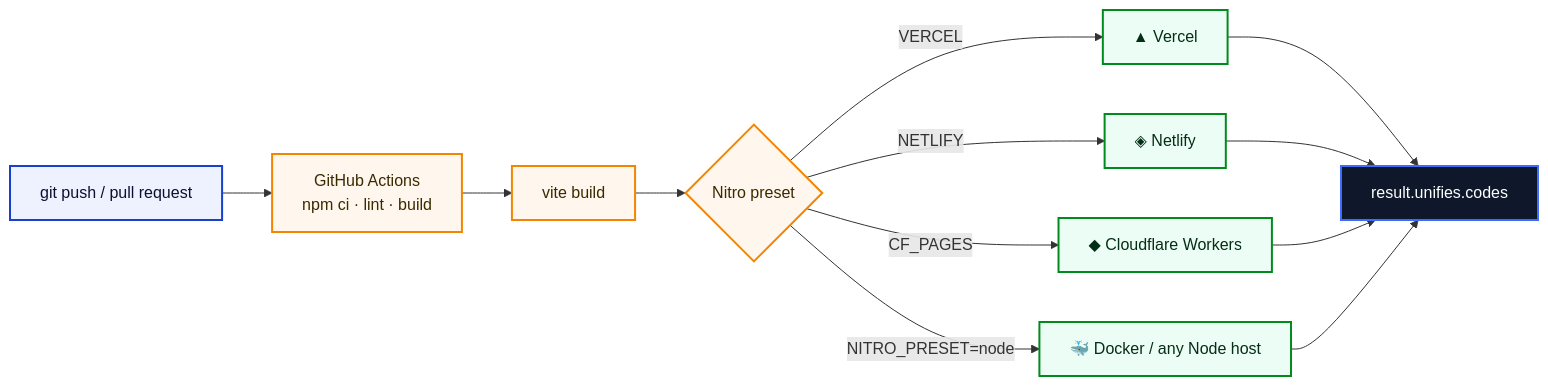
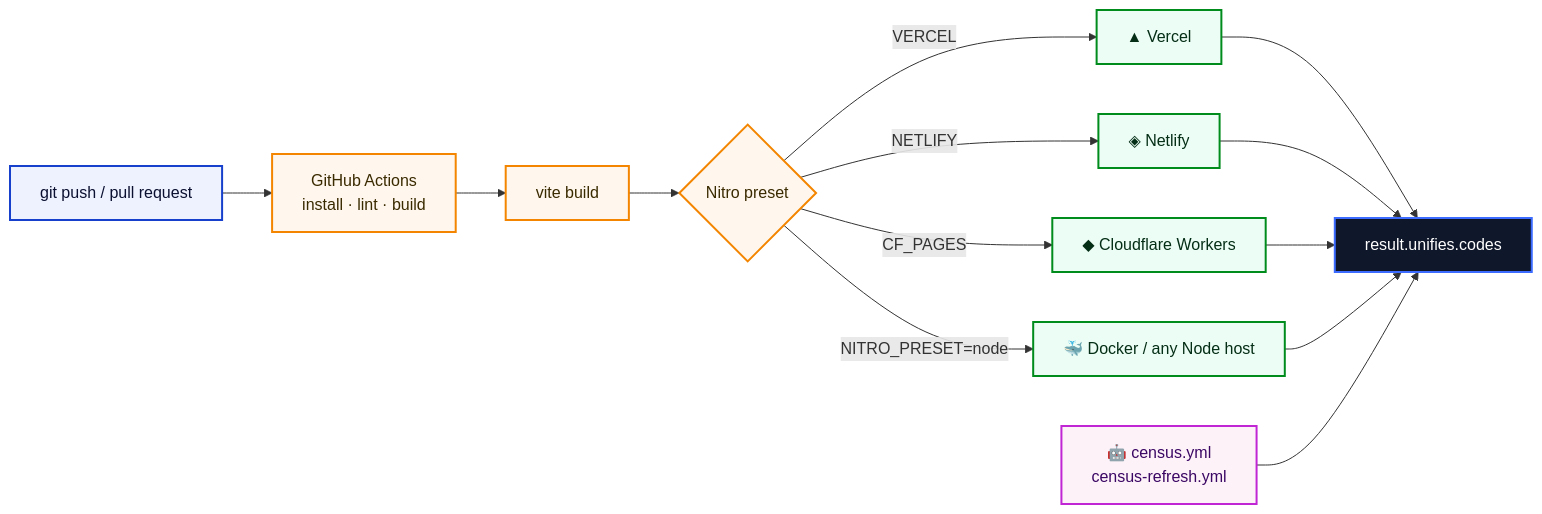
The sixth of 6 diagrams in README.md (flawsom/result), drawn with Mermaid before and after one commit. The commit also changed other lines of this file and 1 other file, not shown here.

````diff
--- a/README.md
+++ b/README.md
@@ -476,23 +605,26 @@
 ```mermaid
 flowchart LR
-  DEV["git push / pull request"] --> CI["GitHub Actions<br/>npm ci · lint · build"]
+  DEV["git push / pull request"] --> CI["GitHub Actions<br/>install · lint · build"]
   CI --> BUILD["vite build"]
   BUILD --> NITRO{"Nitro preset"}
   NITRO -->|VERCEL| V["▲ Vercel"]
   NITRO -->|NETLIFY| N["◈ Netlify"]
   NITRO -->|CF_PAGES| C["◆ Cloudflare Workers"]
   NITRO -->|NITRO_PRESET=node| D["🐳 Docker / any Node host"]
   V --> LIVE["result.unifies.codes"]
   N --> LIVE
   C --> LIVE
   D --> LIVE
+  ACTIONS["🤖 census.yml<br/>census-refresh.yml"] --> LIVE
 
   classDef src fill:#eef2ff,stroke:#1740cc,stroke-width:2px,color:#0b1030
   classDef build fill:#fff7ed,stroke:#f38500,stroke-width:2px,color:#3a2a00
   classDef host fill:#ecfdf5,stroke:#008b1d,stroke-width:2px,color:#052e16
   classDef live fill:#0f172a,stroke:#3b6bff,stroke-width:2px,color:#ffffff
+  classDef auto fill:#fdf2f8,stroke:#c026d3,stroke-width:2px,color:#3b0764
   class DEV src
   class CI,BUILD,NITRO build
   class V,N,C,D host
   class LIVE live
+  class ACTIONS auto
 ```
````
